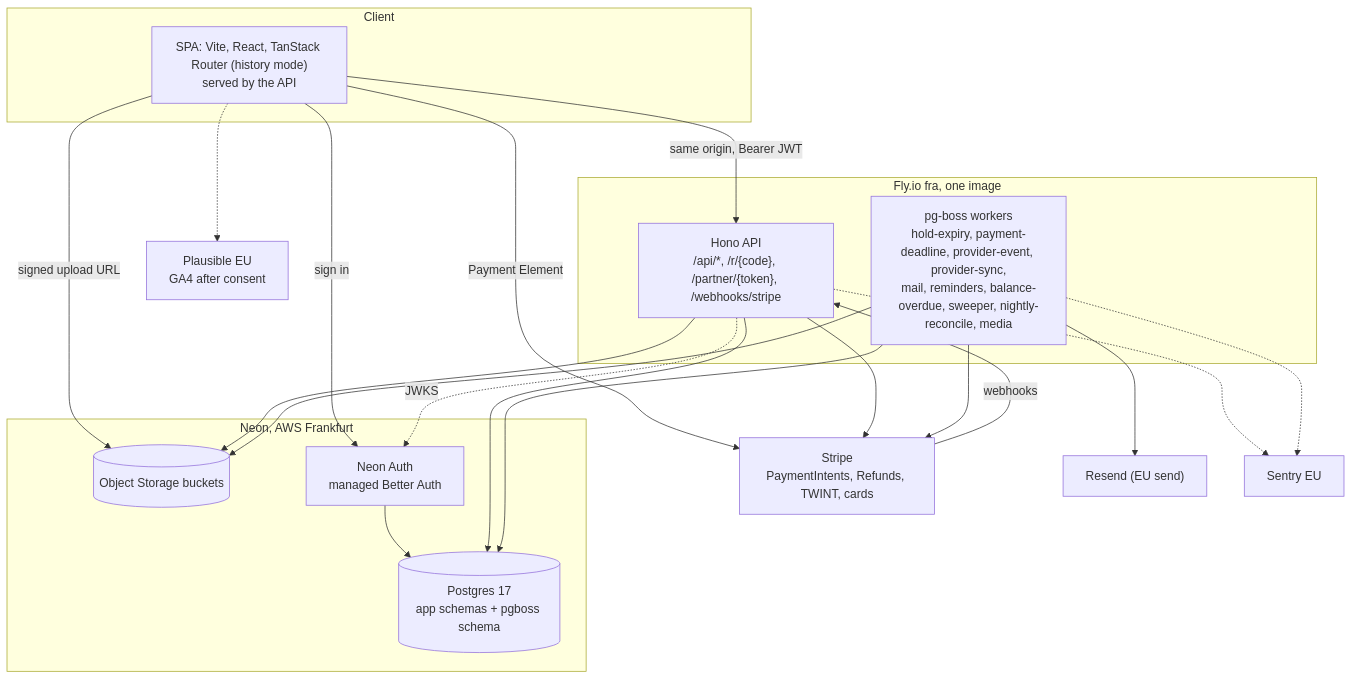
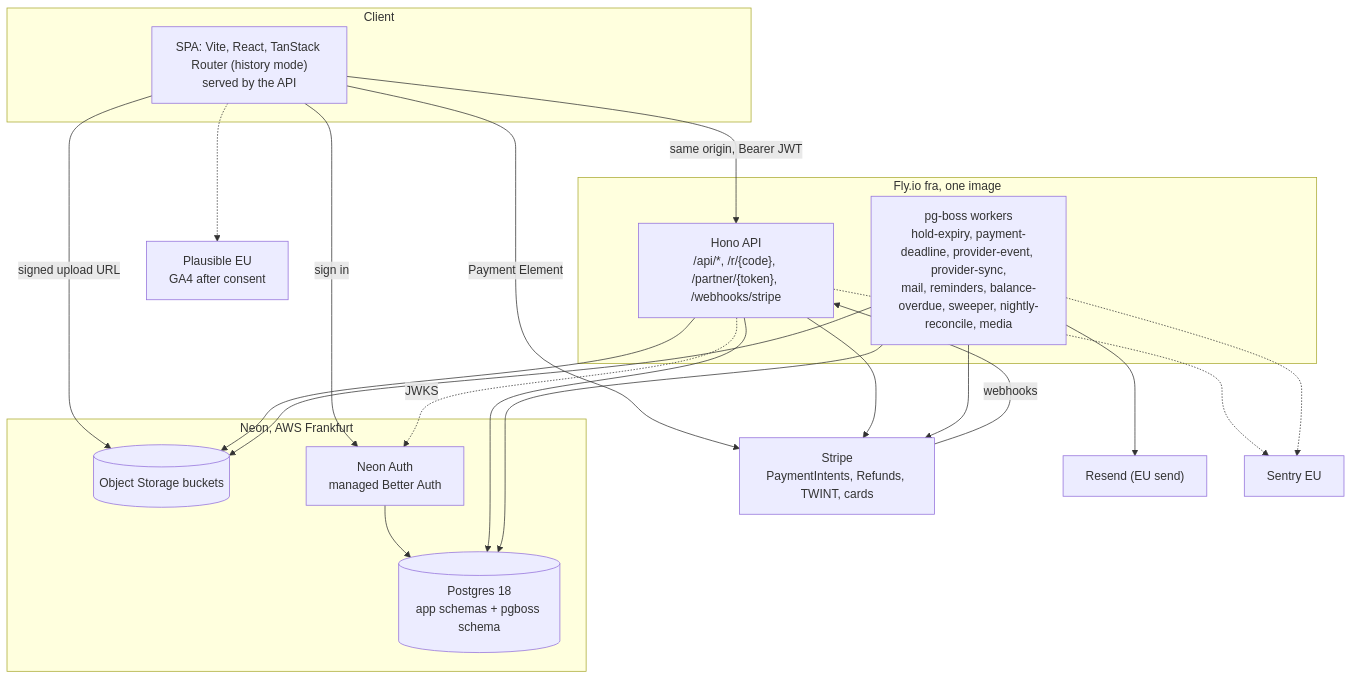
One commit to xzneozx96/swiss-keepsakes changed the first of 4 diagrams in docs/architecture/backend.md. Above: the diagram before and after it, drawn with Mermaid. The commit also changed other lines of this file and 10 other files, not shown here.

````diff
--- a/docs/architecture/backend.md
+++ b/docs/architecture/backend.md
@@ -64,37 +64,37 @@
 ```mermaid
 flowchart TB
     subgraph Client
         SPA["SPA: Vite, React, TanStack Router (history mode)<br/>served by the API"]
     end
     subgraph Fly["Fly.io fra, one image"]
         API["Hono API<br/>/api/*, /r/{code}, /partner/{token}, /webhooks/stripe"]
         WORKER["pg-boss workers<br/>hold-expiry, payment-deadline, provider-event, provider-sync,<br/>mail, reminders, balance-overdue, sweeper, nightly-reconcile, media"]
     end
     subgraph Neon["Neon, AWS Frankfurt"]
-        PG[("Postgres 17<br/>app schemas + pgboss schema")]
+        PG[("Postgres 18<br/>app schemas + pgboss schema")]
         OBJ[("Object Storage buckets")]
         AUTH["Neon Auth<br/>managed Better Auth"]
     end
     STRIPE["Stripe<br/>PaymentIntents, Refunds, TWINT, cards"]
     MAIL["Resend (EU send)"]
     SENTRY["Sentry EU"]
     PLAUSIBLE["Plausible EU<br/>GA4 after consent"]
 
     SPA -- "sign in" --> AUTH
     SPA -- "same origin, Bearer JWT" --> API
     API -. "JWKS" .-> AUTH
     AUTH --> PG
     SPA -- "Payment Element" --> STRIPE
     SPA -- "signed upload URL" --> OBJ
     SPA -.-> PLAUSIBLE
     STRIPE -- "webhooks" --> API
     API --> PG
     API --> OBJ
     API --> STRIPE
     WORKER --> PG
     WORKER --> STRIPE
     WORKER --> MAIL
     WORKER --> OBJ
     API -.-> SENTRY
     WORKER -.-> SENTRY
 ```
````
